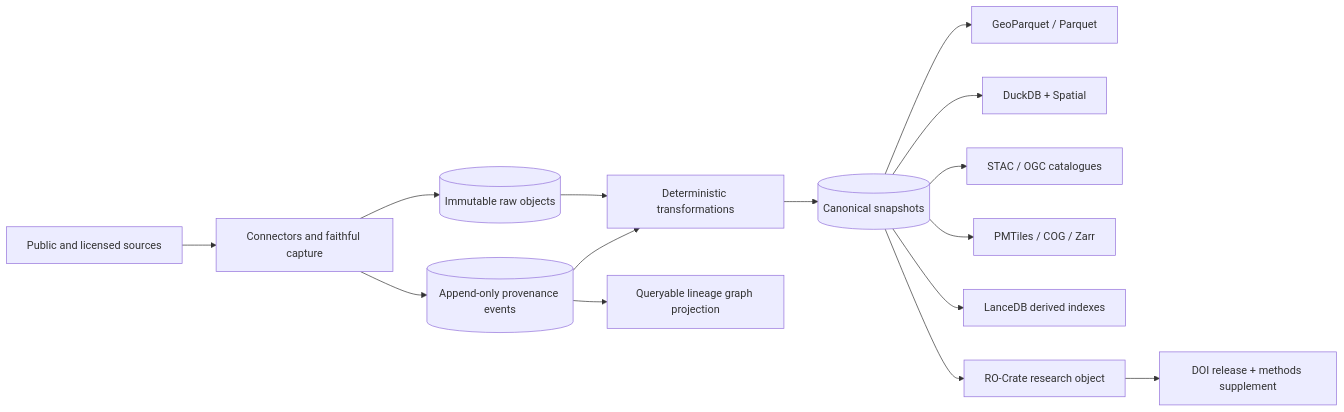
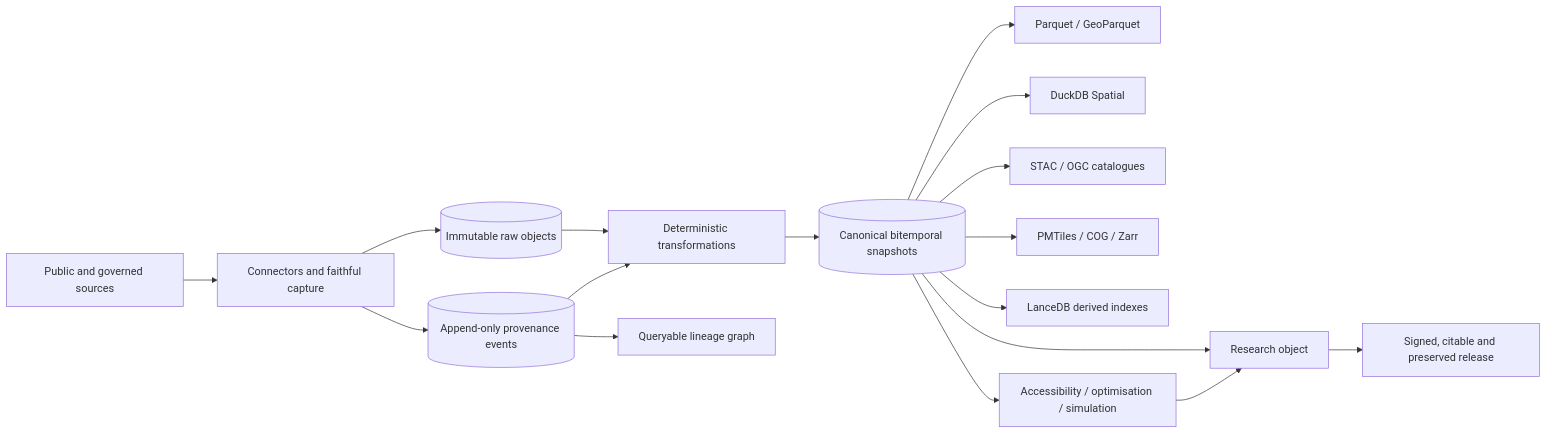
Before and after one commit to edithatogo/riopa-infrastructure: the diagram in README.md, drawn with Mermaid. The commit also changed other lines of this file and 179 other files, not shown here.

Commit message:
chore(history): reconstruct v0.2.0 stable-v1 roadmap artifact snapshot

````diff
--- a/README.md
+++ b/README.md
@@ -22,17 +48,19 @@
 ```mermaid
 flowchart LR
-  S[Public and licensed sources] --> C[Connectors and faithful capture]
+  S[Public and governed sources] --> C[Connectors and faithful capture]
   C --> R[(Immutable raw objects)]
   C --> E[(Append-only provenance events)]
   R --> T[Deterministic transformations]
   E --> T
-  T --> N[(Canonical snapshots)]
-  N --> M1[GeoParquet / Parquet]
-  N --> M2[DuckDB + Spatial]
+  T --> N[(Canonical bitemporal snapshots)]
+  N --> M1[Parquet / GeoParquet]
+  N --> M2[DuckDB Spatial]
   N --> M3[STAC / OGC catalogues]
   N --> M4[PMTiles / COG / Zarr]
   N --> M5[LanceDB derived indexes]
-  E --> G[Queryable lineage graph projection]
-  N --> O[RO-Crate research object]
-  O --> P[DOI release + methods supplement]
+  E --> G[Queryable lineage graph]
+  N --> A[Accessibility / optimisation / simulation]
+  N --> O[Research object]
+  A --> O
+  O --> P[Signed, citable and preserved release]
 ```
````
